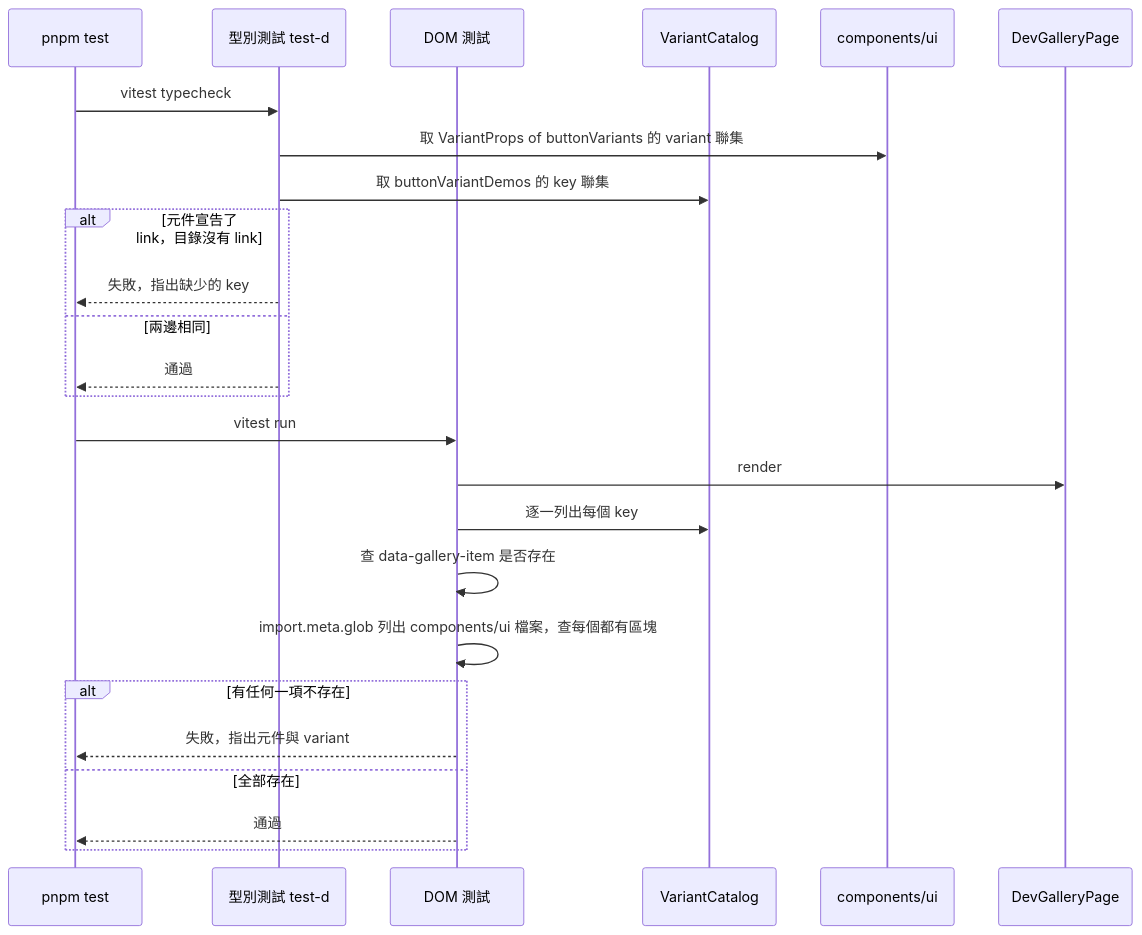
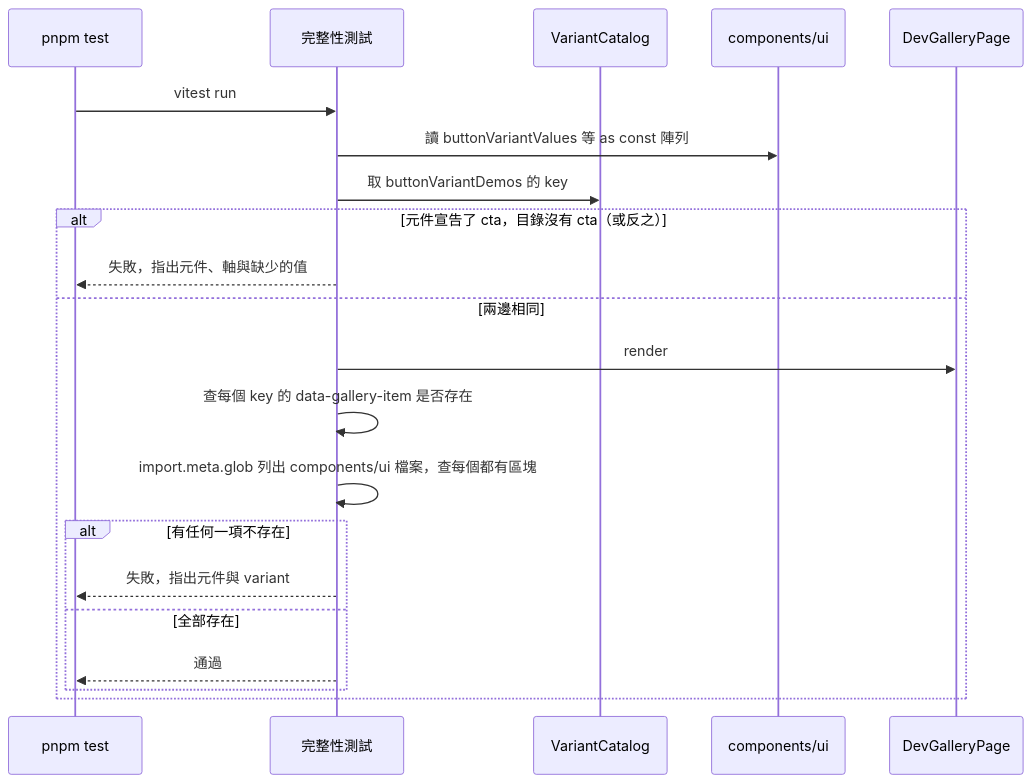
Diagram 13 of 14 in openspec/changes/frontend-skeleton/system-design.md (label-suite/label-suite), drawn with Mermaid before and after one commit. The commit also changed other lines of this file and 4 other files, not shown here.

````diff
--- a/openspec/changes/frontend-skeleton/system-design.md
+++ b/openspec/changes/frontend-skeleton/system-design.md
@@ -689,27 +776,23 @@
 ```mermaid
 sequenceDiagram
   participant Runner as pnpm test
-  participant TypeTest as 型別測試 test-d
-  participant DomTest as DOM 測試
+  participant Test as 完整性測試
   participant Catalog as VariantCatalog
   participant Ui as components/ui
   participant Gallery as DevGalleryPage
-  Runner->>TypeTest: vitest typecheck
-  TypeTest->>Ui: 取 VariantProps of buttonVariants 的 variant 聯集
-  TypeTest->>Catalog: 取 buttonVariantDemos 的 key 聯集
-  alt 元件宣告了 link，目錄沒有 link
-    TypeTest-->>Runner: 失敗，指出缺少的 key
+  Runner->>Test: vitest run
+  Test->>Ui: 讀 buttonVariantValues 等 as const 陣列
+  Test->>Catalog: 取 buttonVariantDemos 的 key
+  alt 元件宣告了 cta，目錄沒有 cta（或反之）
+    Test-->>Runner: 失敗，指出元件、軸與缺少的值
   else 兩邊相同
-    TypeTest-->>Runner: 通過
-  end
-  Runner->>DomTest: vitest run
-  DomTest->>Gallery: render
-  DomTest->>Catalog: 逐一列出每個 key
-  DomTest->>DomTest: 查 data-gallery-item 是否存在
-  DomTest->>DomTest: import.meta.glob 列出 components/ui 檔案，查每個都有區塊
-  alt 有任何一項不存在
-    DomTest-->>Runner: 失敗，指出元件與 variant
-  else 全部存在
-    DomTest-->>Runner: 通過
+    Test->>Gallery: render
+    Test->>Test: 查每個 key 的 data-gallery-item 是否存在
+    Test->>Test: import.meta.glob 列出 components/ui 檔案，查每個都有區塊
+    alt 有任何一項不存在
+      Test-->>Runner: 失敗，指出元件與 variant
+    else 全部存在
+      Test-->>Runner: 通過
+    end
   end
 ```
````
